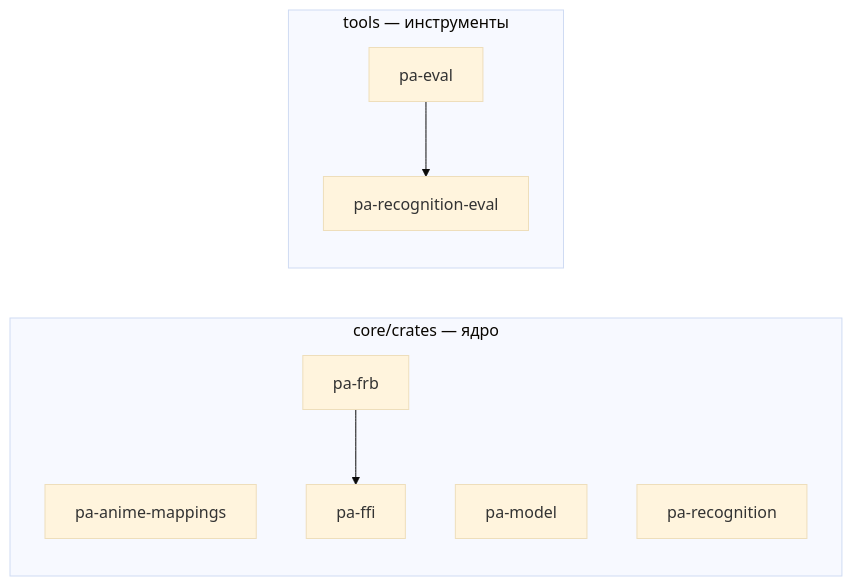
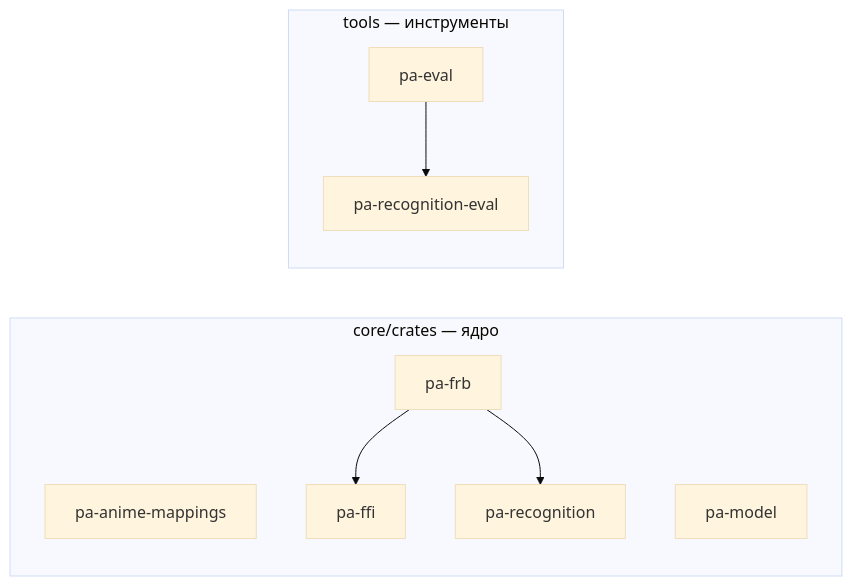
One commit to DenisHumen/project_alpha changed the diagram in docs/dev/crate-graph.md. Above: the diagram before and after it, drawn with Mermaid (base theme). The commit also changed 11 other files, not shown here.

````diff
--- a/docs/dev/crate-graph.md
+++ b/docs/dev/crate-graph.md
@@ -12,16 +12,17 @@
 ```mermaid
 flowchart LR
   subgraph g0["core/crates — ядро"]
     pa_anime_mappings["pa-anime-mappings"]
     pa_ffi["pa-ffi"]
     pa_frb["pa-frb"]
     pa_model["pa-model"]
     pa_recognition["pa-recognition"]
   end
   subgraph g1["tools — инструменты"]
     pa_eval["pa-eval"]
     pa_recognition_eval["pa-recognition-eval"]
   end
   pa_eval --> pa_recognition_eval
   pa_frb --> pa_ffi
+  pa_frb --> pa_recognition
 ```
````
